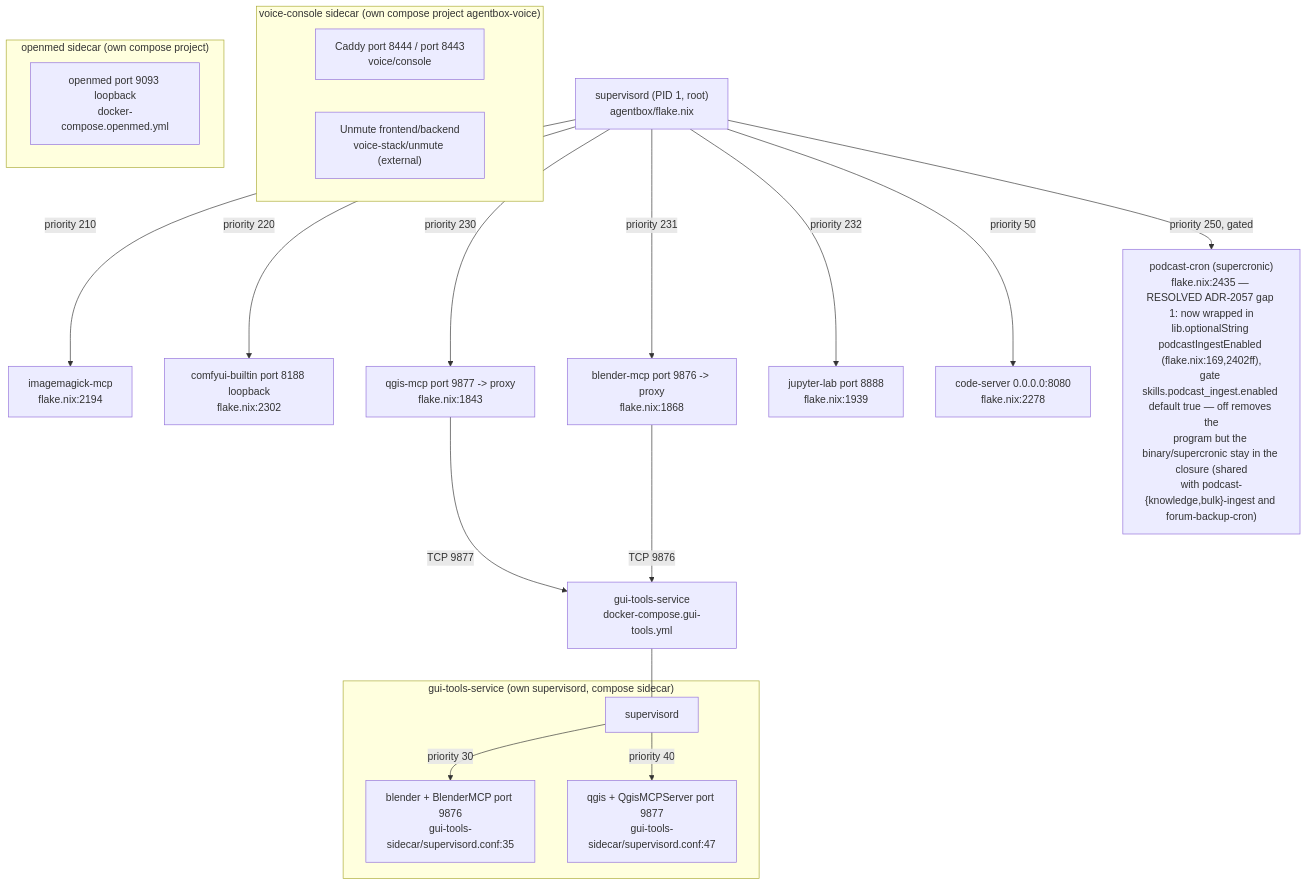
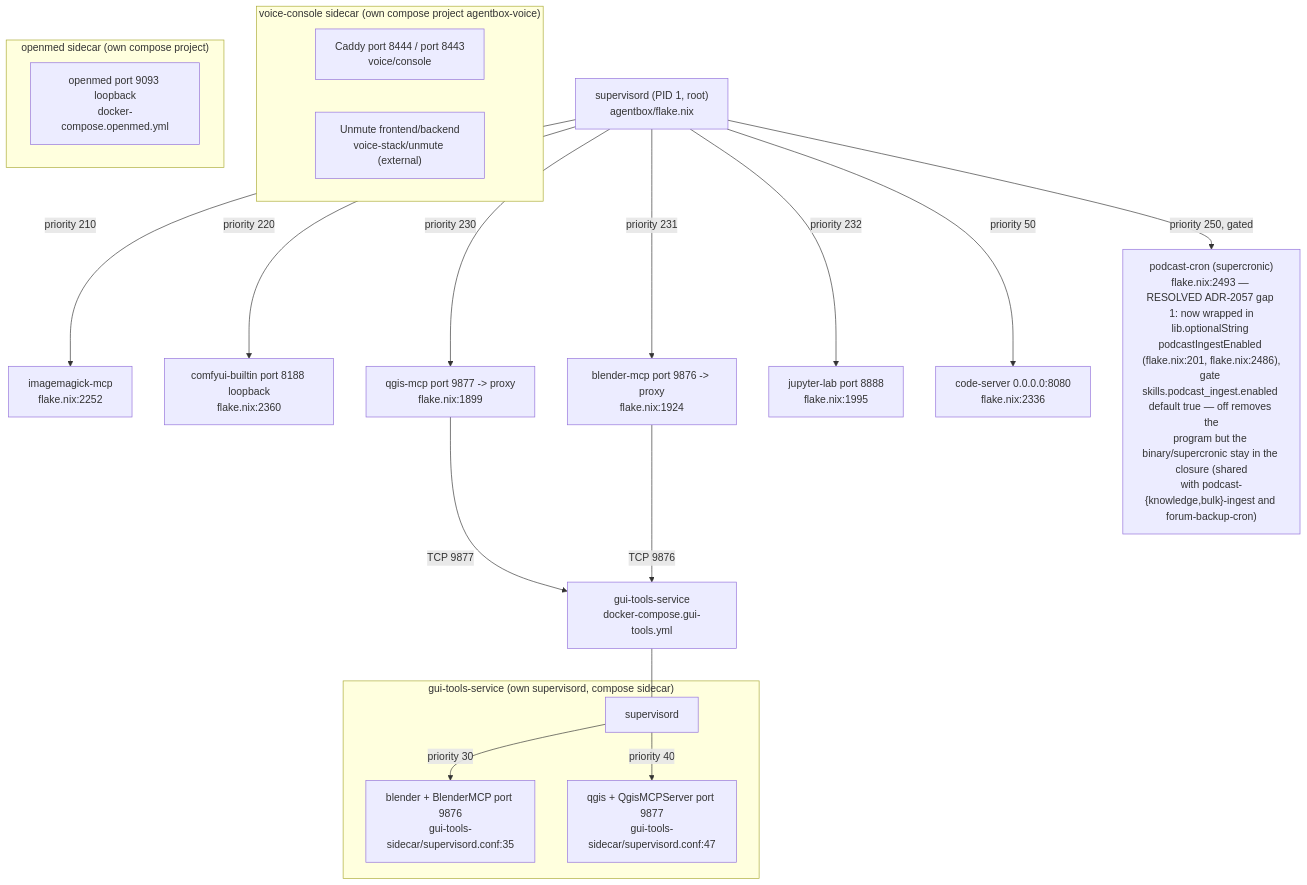
One commit to DreamLab-AI/VisionFlow changed the tenth of 13 diagrams in docs/diagrams/agentbox/27-media-gpu-capability-services.md. Above: the diagram before and after it, drawn with Mermaid. The commit also changed other lines of this file and 28 other files, not shown here.

````diff
--- a/docs/diagrams/agentbox/27-media-gpu-capability-services.md
+++ b/docs/diagrams/agentbox/27-media-gpu-capability-services.md
@@ -312,30 +312,30 @@
 ```mermaid
 flowchart TB
     SUP["supervisord (PID 1, root)<br/>agentbox/flake.nix"]
-    SUP -->|priority 210| IM["imagemagick-mcp<br/>flake.nix:2194"]
-    SUP -->|priority 220| CB["comfyui-builtin port 8188 loopback<br/>flake.nix:2302"]
-    SUP -->|priority 230| QM["qgis-mcp port 9877 -> proxy<br/>flake.nix:1843"]
-    SUP -->|priority 231| BM["blender-mcp port 9876 -> proxy<br/>flake.nix:1868"]
-    SUP -->|priority 232| JL["jupyter-lab port 8888<br/>flake.nix:1939"]
-    SUP -->|priority 50| CS["code-server 0.0.0.0:8080<br/>flake.nix:2278"]
-    SUP -->|priority 250, gated| PC["podcast-cron (supercronic)<br/>flake.nix:2435 — RESOLVED ADR-2057 gap 1: now wrapped in<br/>lib.optionalString podcastIngestEnabled (flake.nix:169,2402ff),<br/>gate skills.podcast_ingest.enabled default true — off removes the<br/>program but the binary/supercronic stay in the closure (shared<br/>with podcast-{knowledge,bulk}-ingest and forum-backup-cron)"]
+    SUP -->|priority 210| IM["imagemagick-mcp<br/>flake.nix:2252"]
+    SUP -->|priority 220| CB["comfyui-builtin port 8188 loopback<br/>flake.nix:2360"]
+    SUP -->|priority 230| QM["qgis-mcp port 9877 -> proxy<br/>flake.nix:1899"]
+    SUP -->|priority 231| BM["blender-mcp port 9876 -> proxy<br/>flake.nix:1924"]
+    SUP -->|priority 232| JL["jupyter-lab port 8888<br/>flake.nix:1995"]
+    SUP -->|priority 50| CS["code-server 0.0.0.0:8080<br/>flake.nix:2336"]
+    SUP -->|priority 250, gated| PC["podcast-cron (supercronic)<br/>flake.nix:2493 — RESOLVED ADR-2057 gap 1: now wrapped in<br/>lib.optionalString podcastIngestEnabled (flake.nix:201, flake.nix:2486),<br/>gate skills.podcast_ingest.enabled default true — off removes the<br/>program but the binary/supercronic stay in the closure (shared<br/>with podcast-{knowledge,bulk}-ingest and forum-backup-cron)"]
 
     QM -->|TCP 9877| GTS["gui-tools-service<br/>docker-compose.gui-tools.yml"]
     BM -->|TCP 9876| GTS
 
     subgraph sidecar["gui-tools-service (own supervisord, compose sidecar)"]
         GSUP["supervisord"]
         GSUP -->|priority 30| GB["blender + BlenderMCP port 9876<br/>gui-tools-sidecar/supervisord.conf:35"]
         GSUP -->|priority 40| GQ["qgis + QgisMCPServer port 9877<br/>gui-tools-sidecar/supervisord.conf:47"]
     end
     GTS --- GSUP
 
     subgraph voicesc["voice-console sidecar (own compose project agentbox-voice)"]
         CADDY["Caddy port 8444 / port 8443<br/>voice/console"]
         UNMUTE["Unmute frontend/backend<br/>voice-stack/unmute (external)"]
     end
 
     subgraph openmedsc["openmed sidecar (own compose project)"]
         OM["openmed port 9093 loopback<br/>docker-compose.openmed.yml"]
     end
 ```
````
